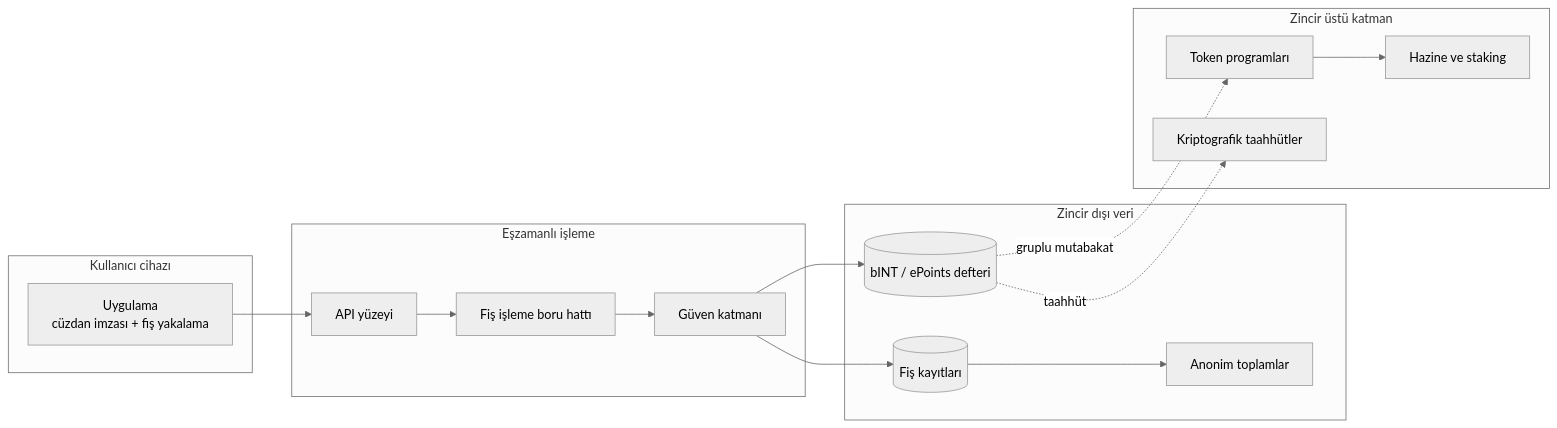
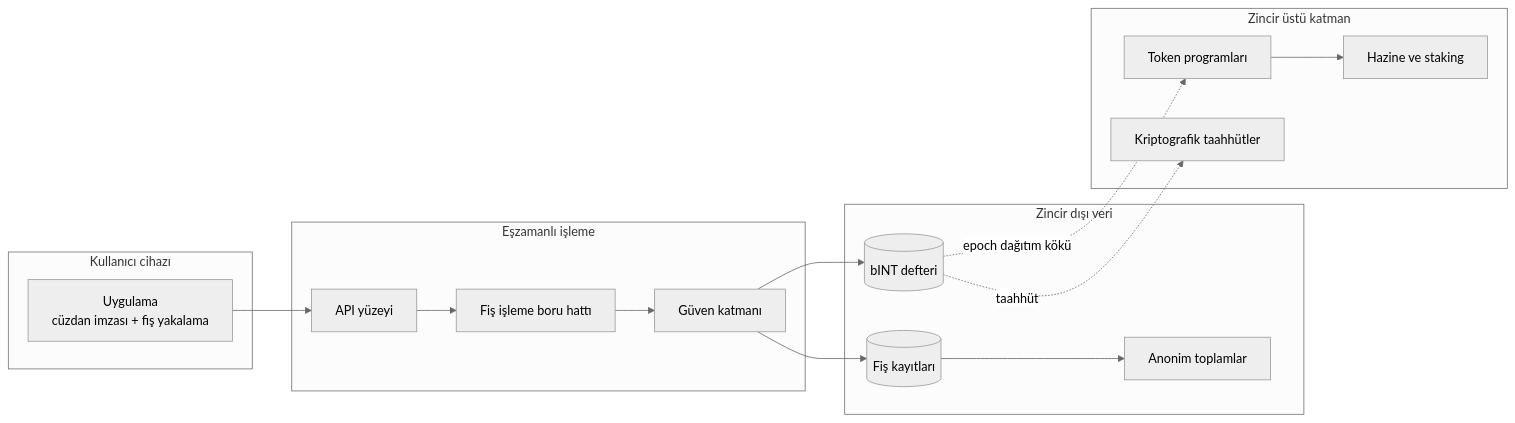
Before and after one commit to Yumo-Yumo-Inc/yumoyumohq: the diagram in content/technical-paper/tr/01-architecture-overview/02-system-map.md, drawn with Mermaid (neutral theme). The commit also changed other lines of this file and 1048 other files, not shown here.

````diff
--- a/content/technical-paper/tr/01-architecture-overview/02-system-map.md
+++ b/content/technical-paper/tr/01-architecture-overview/02-system-map.md
@@ -5,32 +5,32 @@
 ```mermaid
 flowchart LR
     subgraph Client["Kullanıcı cihazı"]
         A["Uygulama<br/>cüzdan imzası + fiş yakalama"]
     end
 
     subgraph Processing["Eşzamanlı işleme"]
         B["API yüzeyi"]
         C["Fiş işleme boru hattı"]
         D["Güven katmanı"]
     end
 
     subgraph Data["Zincir dışı veri"]
         E[("Fiş kayıtları")]
-        F[("bINT / ePoints defteri")]
+        F[("bINT defteri")]
         G["Anonim toplamlar"]
     end
 
     subgraph Chain["Zincir üstü katman"]
         H["Token programları"]
         I["Hazine ve staking"]
         J["Kriptografik taahhütler"]
     end
 
     A --> B --> C --> D
     D --> E
     D --> F
     E --> G
-    F -. "gruplu mutabakat" .-> H
+    F -. "epoch dağıtım kökü" .-> H
     F -. "taahhüt" .-> J
     H --> I
 ```
````
